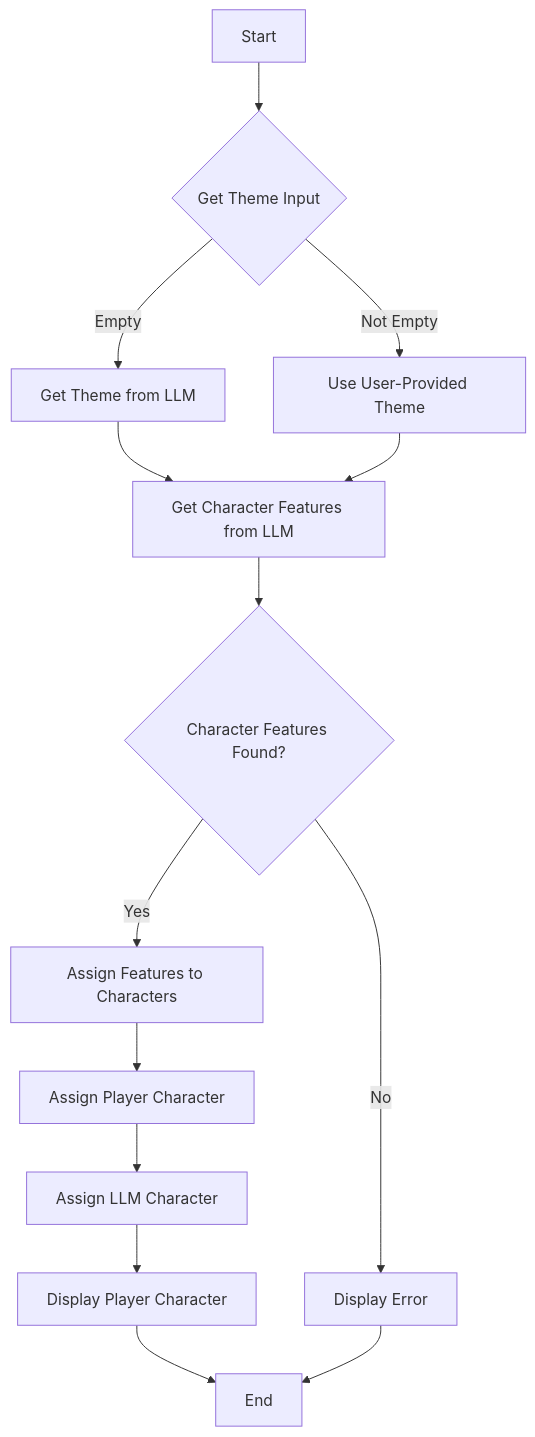
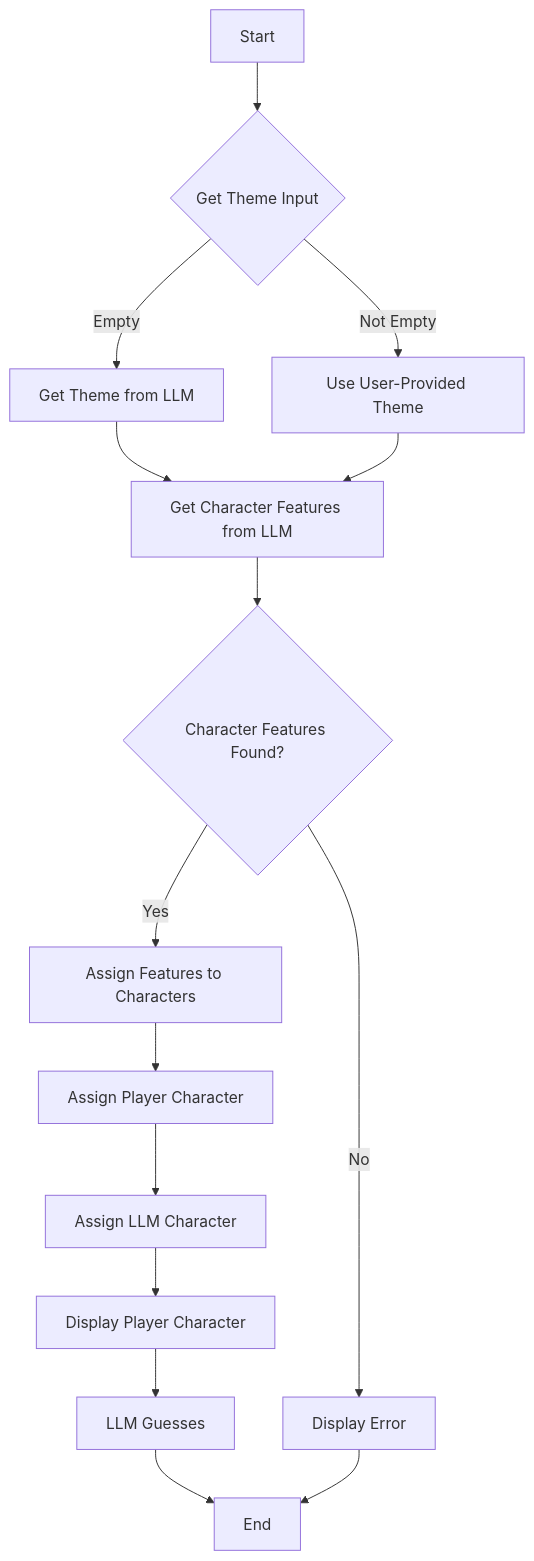
The diagram in README.md (Jay4242/llm-guess_llama), drawn with Mermaid before and after one commit. The commit also changed other lines of this file, not shown here.

````diff
--- a/README.md
+++ b/README.md
@@ -19,16 +83,17 @@
 ```mermaid
         graph TD
     A[Start] --> B{Get Theme Input};
     B -- Empty --> C[Get Theme from LLM];
     B -- Not Empty --> D[Use User-Provided Theme];
     C --> E[Get Character Features from LLM];
     D --> E;
     E --> F{Character Features Found?};
     F -- Yes --> G[Assign Features to Characters];
     F -- No --> H[Display Error];
     G --> I[Assign Player Character];
     I --> J[Assign LLM Character];
     J --> K[Display Player Character];
-    K --> L[End];
-    H --> L;
+    K --> L[LLM Guesses];
+    L --> M[End];
+    H --> M;
 ```
````
